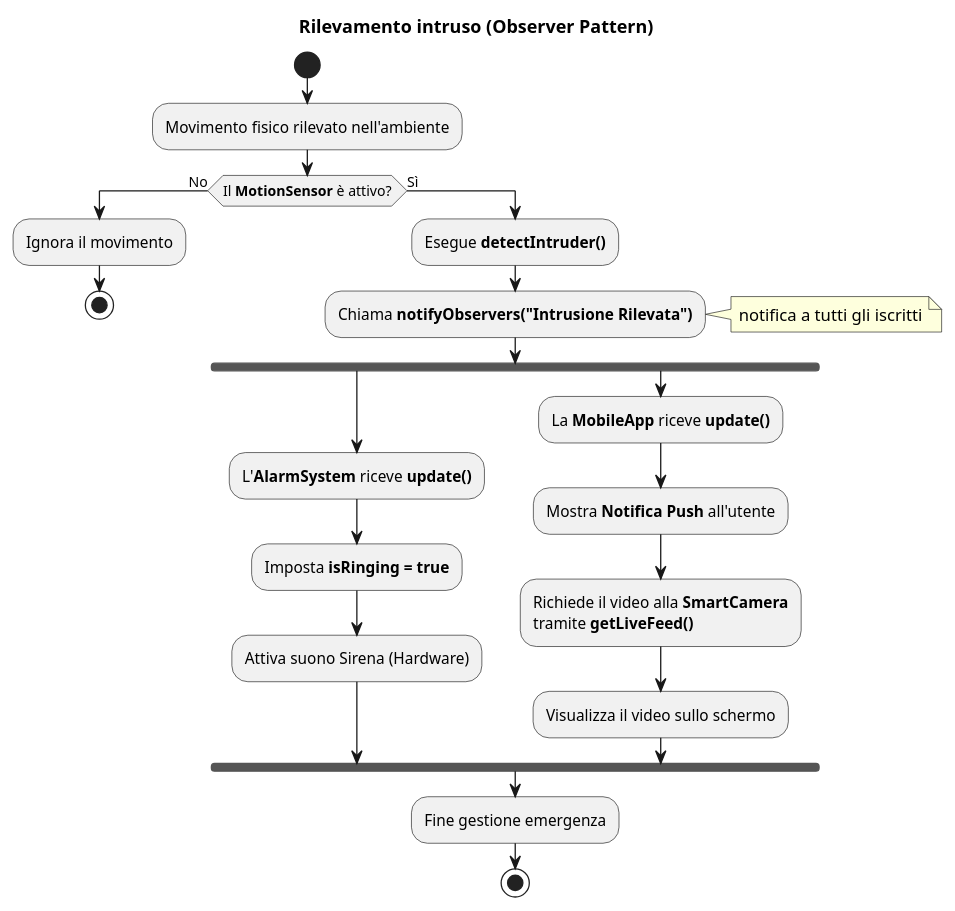
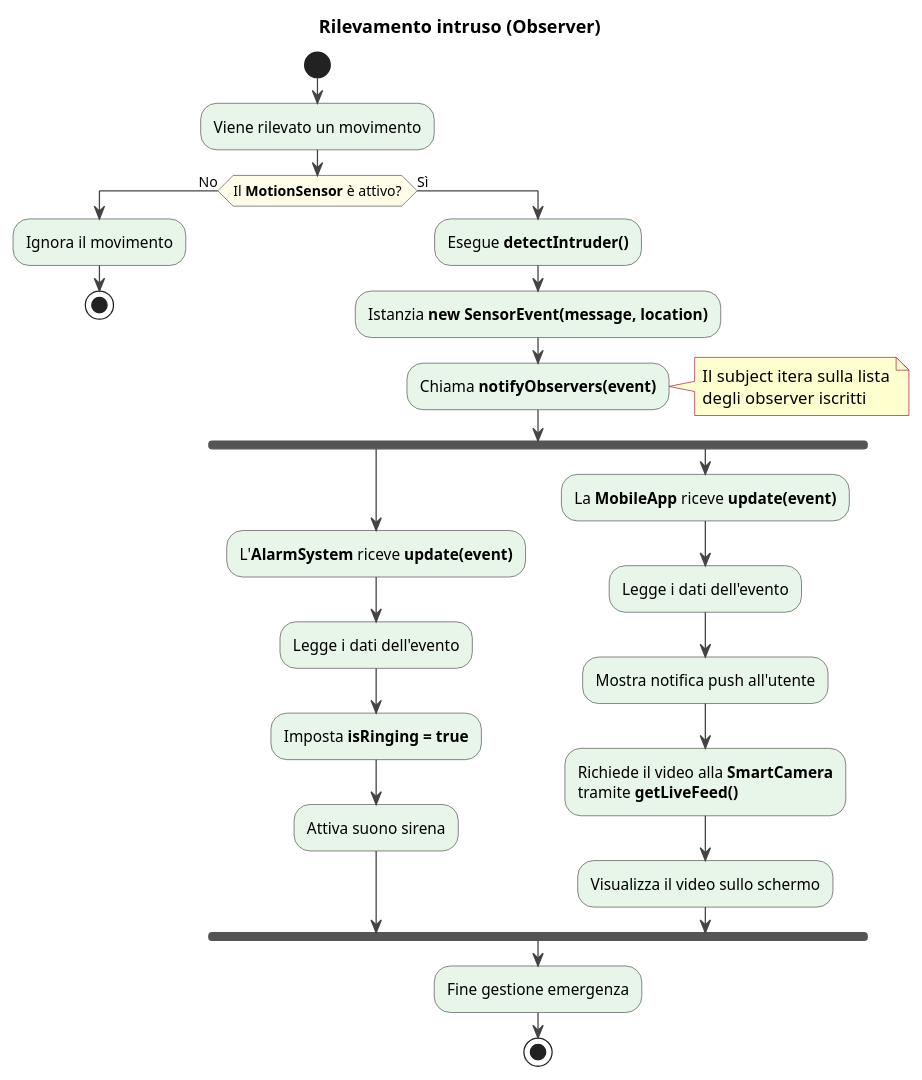
The diagram in uml/activity_observer.puml (AndreaDiPietro0/SmartHomeSWE), drawn with PlantUML before and after one commit. The commit also changed 5 other files, not shown here.

```diff
--- a/uml/activity_observer.puml
+++ b/uml/activity_observer.puml
@@ -1,32 +1,44 @@
 @startuml
-title Rilevamento intruso (Observer Pattern)
+title Rilevamento intruso (Observer)
+
+skinparam ActivityBackgroundColor #E8F5E9
+skinparam ActivityBorderColor #444444
+skinparam ActivityDiamondBackgroundColor #FFFDE7
+skinparam ActivityDiamondBorderColor #444444
+skinparam ArrowColor #444444
+skinparam NoteBackgroundColor #FEFECE
+skinparam NoteBorderColor #A80036
 
 start
-:Movimento fisico rilevato nell'ambiente;
+:Viene rilevato un movimento;
 
 if (Il **MotionSensor** è attivo?) then (No)
     :Ignora il movimento;
     stop
 else (Sì)
     :Esegue **detectIntruder()**;
-    :Chiama **notifyObservers("Intrusione Rilevata")**;
 
-    note right: notifica a tutti gli iscritti
+    :Istanzia **new SensorEvent(message, location)**;
+    :Chiama **notifyObservers(event)**;
+
+    note right: Il subject itera sulla lista\ndegli observer iscritti
 
     fork
-        ' Ramo dell'AlarmSystem
-        :L'**AlarmSystem** riceve **update()**;
+        ' ramo dell'AlarmSystem
+        :L'**AlarmSystem** riceve **update(event)**;
+        :Legge i dati dell'evento;
         :Imposta **isRinging = true**;
-        :Attiva suono Sirena (Hardware);
+        :Attiva suono sirena;
     fork again
-        ' Ramo della MobileApp
-        :La **MobileApp** riceve **update()**;
-        :Mostra **Notifica Push** all'utente;
+        ' ramo della MobileApp
+        :La **MobileApp** riceve **update(event)**;
+        :Legge i dati dell'evento;
+        :Mostra notifica push all'utente;
         :Richiede il video alla **SmartCamera**\ntramite **getLiveFeed()**;
         :Visualizza il video sullo schermo;
     end fork
 
     :Fine gestione emergenza;
     stop
 endif
 @enduml
```
